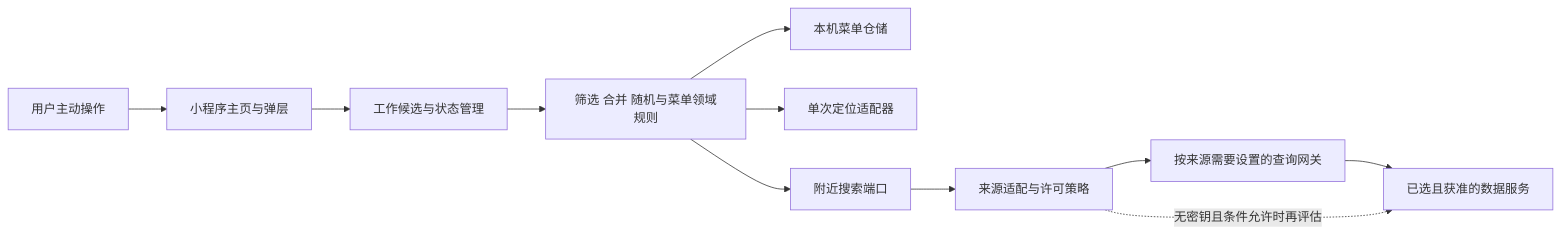
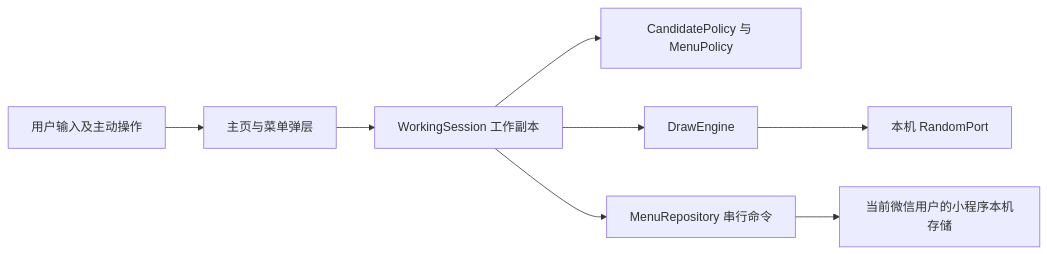
The first of 2 diagrams in projects/eating-everyday/artifacts/system-architecture.md (yinzhongkai/opc), drawn with Mermaid before and after one commit. The commit also changed other lines of this file and 10 other files, not shown here.

````diff
--- a/projects/eating-everyday/artifacts/system-architecture.md
+++ b/projects/eating-everyday/artifacts/system-architecture.md
@@ -25,13 +26,10 @@
 ```mermaid
 flowchart LR
-    U[用户主动操作] --> UI[小程序主页与弹层]
-    UI --> STATE[工作候选与状态管理]
-    STATE --> DOMAIN[筛选 合并 随机与菜单领域规则]
-    DOMAIN --> LOCAL[本机菜单仓储]
-    DOMAIN --> LOC[单次定位适配器]
-    DOMAIN --> SEARCH[附近搜索端口]
-    SEARCH --> ADAPTER[来源适配与许可策略]
-    ADAPTER --> GATEWAY[按来源需要设置的查询网关]
-    GATEWAY --> POI[已选且获准的数据服务]
-    ADAPTER -. 无密钥且条件允许时再评估 .-> POI
+    U[用户输入及主动操作] --> UI[主页与菜单弹层]
+    UI --> STATE[WorkingSession 工作副本]
+    STATE --> POLICY[CandidatePolicy 与 MenuPolicy]
+    STATE --> DRAW[DrawEngine]
+    DRAW --> RANDOM[本机 RandomPort]
+    STATE --> REPO[MenuRepository 串行命令]
+    REPO --> STORAGE[当前微信用户的小程序本机存储]
 ```
````
